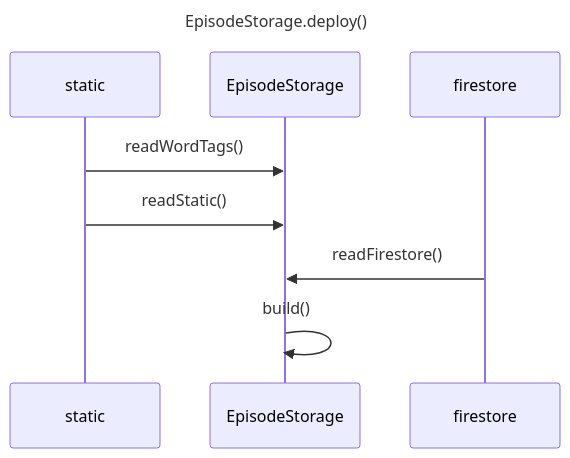
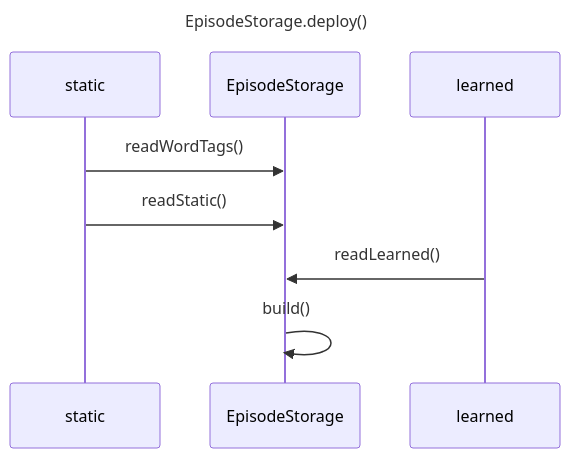
The first of 2 diagrams in src/EpisodeStorage/EpisodeStorage.md (shinichi-kato/fairybiome-0.20), drawn with Mermaid before and after one commit. The commit also changed other lines of this file and 17 other files, not shown here.

````diff
--- a/src/EpisodeStorage/EpisodeStorage.md
+++ b/src/EpisodeStorage/EpisodeStorage.md
@@ -36,11 +42,11 @@
 ```mermaid
 ---
 title: EpisodeStorage.deploy()
 ---
 sequenceDiagram
     static ->> EpisodeStorage:readWordTags()
     static ->> EpisodeStorage:readStatic()
-    firestore ->> EpisodeStorage: readFirestore()
+    learned ->> EpisodeStorage: readLearned()
     EpisodeStorage->>EpisodeStorage: build()
 
 ```
````
